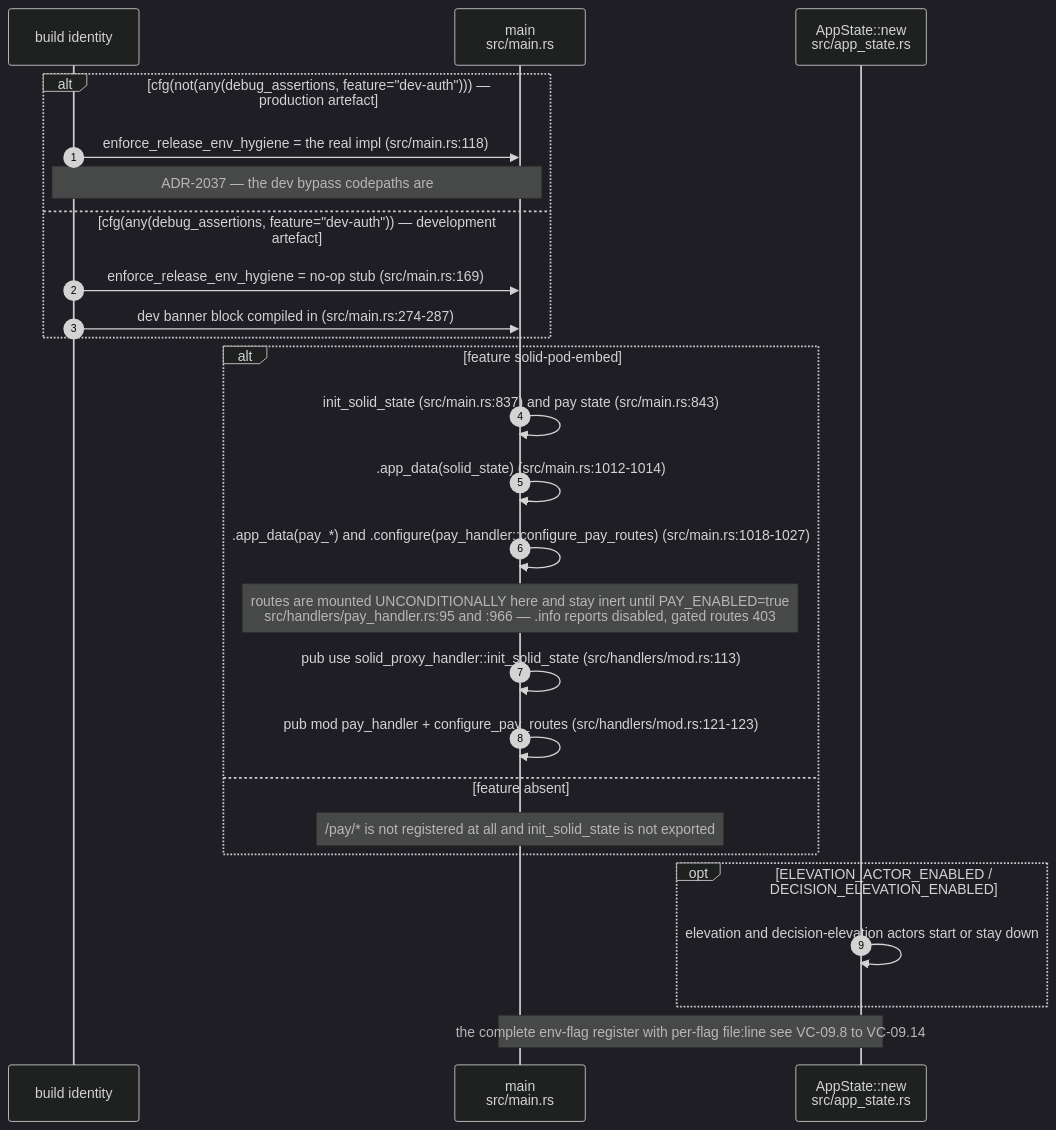
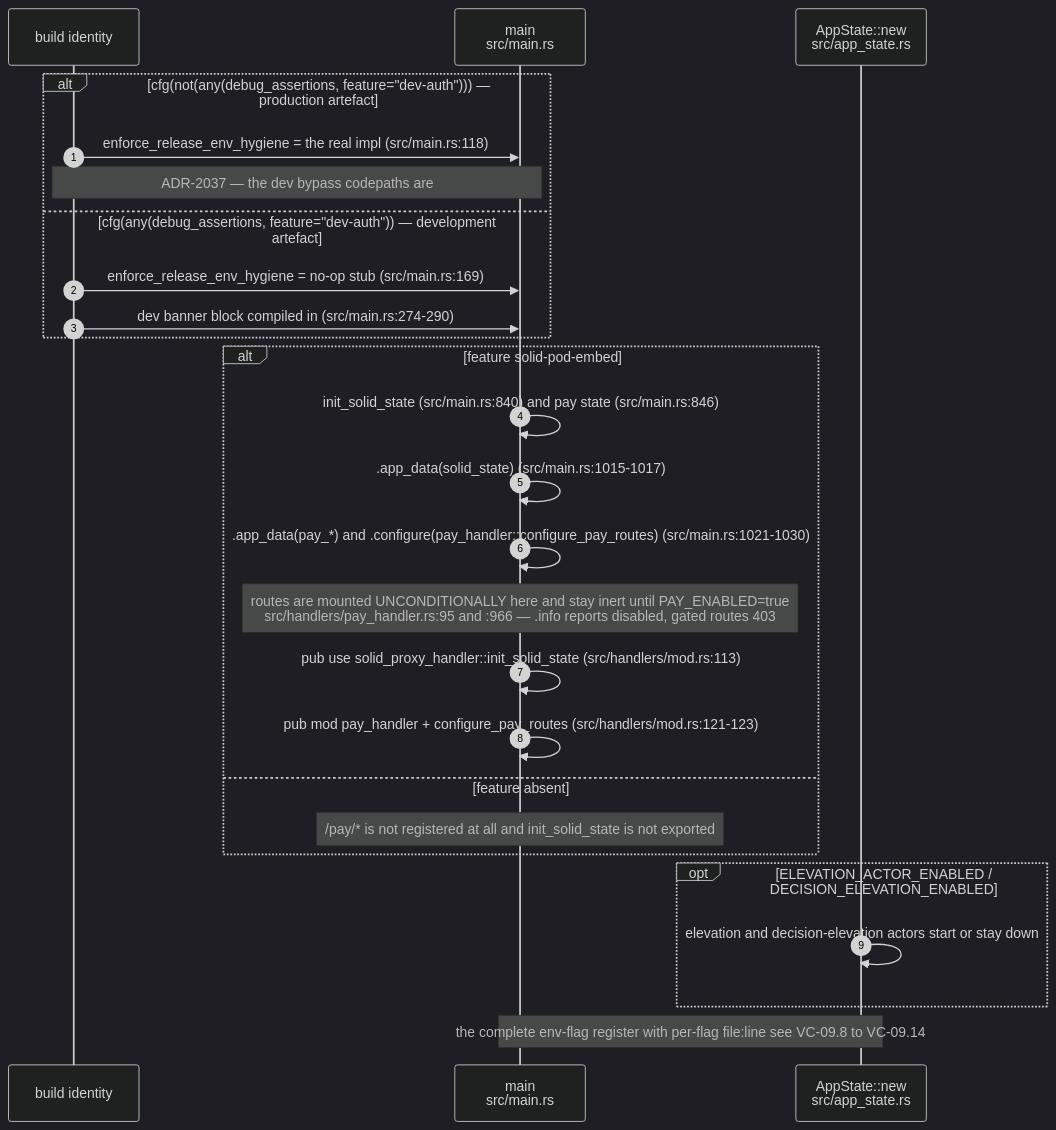
Before and after one commit to DreamLab-AI/AR-AI-Knowledge-Graph: the sixth of 14 diagrams in docs/diagrams/visionclaw/01-boot-and-app-state.md, drawn with Mermaid (dark theme). The commit also changed other lines of this file and 73 other files, not shown here.

First line of the commit message:
docs(diagrams): re-verify all 71 topic files against HEAD; add --cite-check

````diff
--- a/docs/diagrams/visionclaw/01-boot-and-app-state.md
+++ b/docs/diagrams/visionclaw/01-boot-and-app-state.md
@@ -290,29 +290,29 @@
 ```mermaid
 sequenceDiagram
     autonumber
     participant B as build identity
     participant M as main<br/>src/main.rs
     participant AS as AppState::new<br/>src/app_state.rs
 
     alt cfg(not(any(debug_assertions, feature="dev-auth"))) — production artefact
         B->>M: enforce_release_env_hygiene = the real impl (src/main.rs:118)
         Note over B,M: ADR-2037 — the dev bypass codepaths are #[cfg]-stripped, they do not exist in the binary
     else cfg(any(debug_assertions, feature="dev-auth")) — development artefact
         B->>M: enforce_release_env_hygiene = no-op stub (src/main.rs:169)
-        B->>M: dev banner block compiled in (src/main.rs:274-287)
+        B->>M: dev banner block compiled in (src/main.rs:274-290)
     end
     alt feature solid-pod-embed
-        M->>M: init_solid_state (src/main.rs:837) and pay state (src/main.rs:843)
-        M->>M: .app_data(solid_state) (src/main.rs:1012-1014)
-        M->>M: .app_data(pay_*) and .configure(pay_handler::configure_pay_routes) (src/main.rs:1018-1027)
+        M->>M: init_solid_state (src/main.rs:840) and pay state (src/main.rs:846)
+        M->>M: .app_data(solid_state) (src/main.rs:1015-1017)
+        M->>M: .app_data(pay_*) and .configure(pay_handler::configure_pay_routes) (src/main.rs:1021-1030)
         Note over M: routes are mounted UNCONDITIONALLY here and stay inert until PAY_ENABLED=true<br/>src/handlers/pay_handler.rs:95 and :966 — .info reports disabled, gated routes 403
         M->>M: pub use solid_proxy_handler::init_solid_state (src/handlers/mod.rs:113)
         M->>M: pub mod pay_handler + configure_pay_routes (src/handlers/mod.rs:121-123)
     else feature absent
         Note over M: /pay/* is not registered at all and init_solid_state is not exported
     end
     opt ELEVATION_ACTOR_ENABLED / DECISION_ELEVATION_ENABLED
         AS->>AS: elevation and decision-elevation actors start or stay down
     end
     Note over M,AS: the complete env-flag register with per-flag file:line see VC-09.8 to VC-09.14
 ```
````
